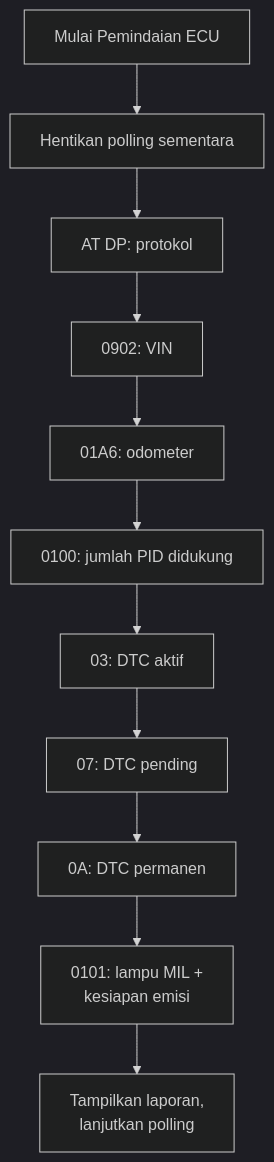
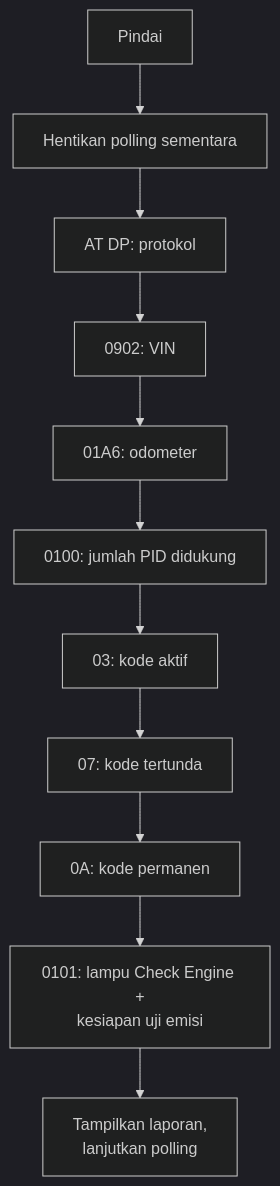
The sixth of 9 diagrams in docs/alur-kerja.md (RulyOctareza/OBD-Scanner), drawn with Mermaid (dark theme) before and after one commit. The commit also changed other lines of this file and 13 other files, not shown here.

````diff
--- a/docs/alur-kerja.md
+++ b/docs/alur-kerja.md
@@ -181,8 +181,8 @@
 ```mermaid
 flowchart TD
-    S["Mulai Pemindaian ECU"] --> P["Hentikan polling sementara"]
+    S["Pindai"] --> P["Hentikan polling sementara"]
     P --> A["AT DP: protokol"] --> V["0902: VIN"] --> O["01A6: odometer"]
-    O --> C["0100: jumlah PID didukung"] --> D3["03: DTC aktif"]
-    D3 --> D7["07: DTC pending"] --> DA["0A: DTC permanen"] --> R["0101: lampu MIL +<br/>kesiapan emisi"]
+    O --> C["0100: jumlah PID didukung"] --> D3["03: kode aktif"]
+    D3 --> D7["07: kode tertunda"] --> DA["0A: kode permanen"] --> R["0101: lampu Check Engine +<br/>kesiapan uji emisi"]
     R --> X["Tampilkan laporan,<br/>lanjutkan polling"]
 ```
````
